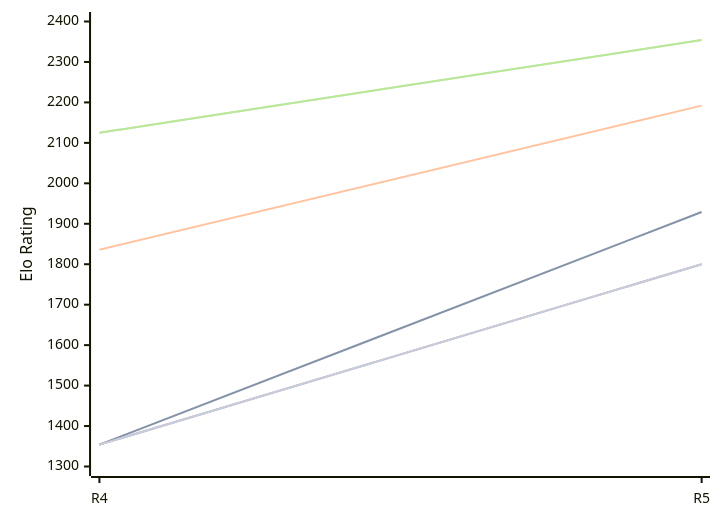
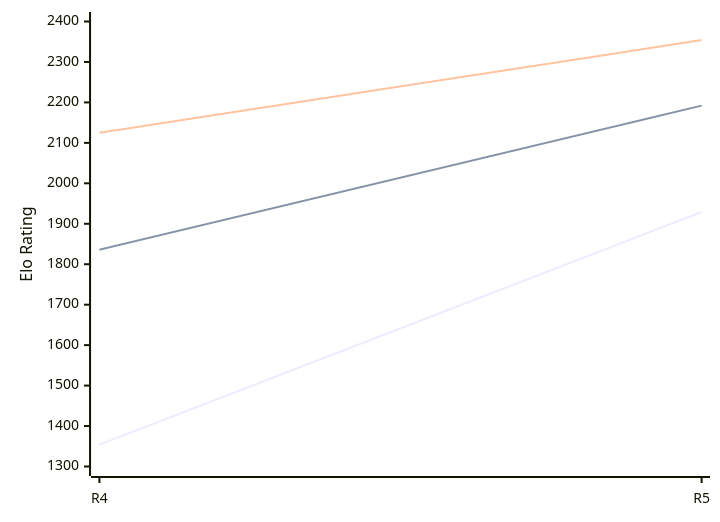
Before and after one commit to computer-chess-index/cci: the diagram in engines/Viking.md, drawn with Mermaid. The commit also changed other lines of this file, not shown here.

````diff
--- a/engines/Viking.md
+++ b/engines/Viking.md
@@ -48,13 +48,9 @@
 ```mermaid
 %%{init: {"theme":"base","themeVariables":{"seriesColors:['#a3a3a3','#222221','#faa371']}}}%%
 xychart-beta
   x-axis ["R4", "R5"]
   y-axis "Elo Rating" 1300 --> 2400
-  line "" [1354, 1929]
   line "T1: STC (8.0+0.08s)" [1354, 1929]
   line "T1: LTC (60.0+0.60s)" [1836, 2192]
-  line "" [2125, 2354]
   line "T1: VLTC (2m24s+1.12s)" [2125, 2354]
-  line "" [1354,1800]
-  line "E1: STC (8.0+0.08s)" [1354,1800]
 ```
````
